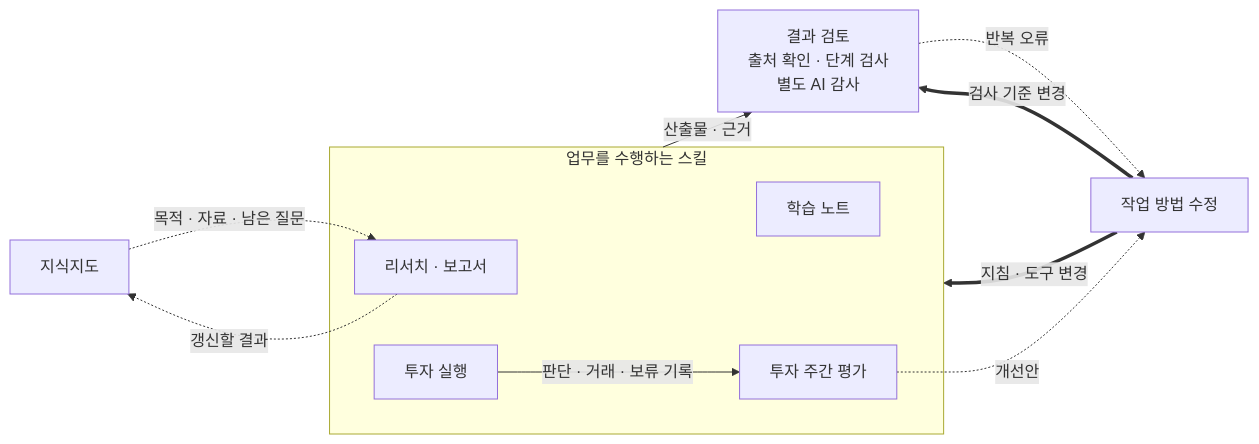
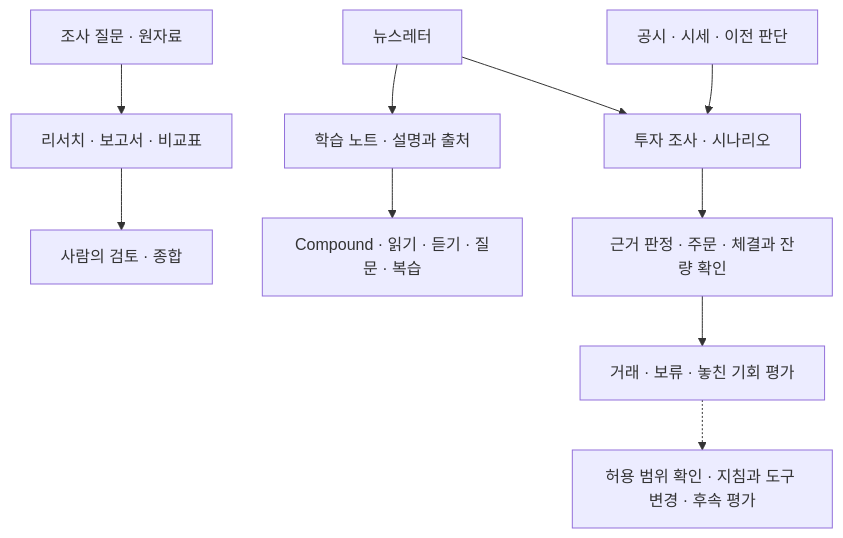
Before and after one commit to swkim46/claude-skills-portfolio: the diagram in README.md, drawn with Mermaid. The commit also changed other lines of this file and 9 other files, not shown here.

````diff
--- a/README.md
+++ b/README.md
@@ -33,20 +17,12 @@
 ```mermaid
-flowchart LR
-    K[지식지도]
-    subgraph W[업무를 수행하는 스킬]
-        R[리서치 · 보고서]
-        L[학습 노트]
-        T[투자 실행]
-        F[투자 주간 평가]
-        T -->|판단 · 거래 · 보류 기록| F
-    end
-    C["결과 검토<br/>출처 확인 · 단계 검사<br/>별도 AI 감사"]
-    M[작업 방법 수정]
-    K -. 목적 · 자료 · 남은 질문 .-> R
-    R -. 갱신할 결과 .-> K
-    W -->|산출물 · 근거| C
-    C -. 반복 오류 .-> M
-    F -. 개선안 .-> M
-    M ==>|지침 · 도구 변경| W
-    M ==>|검사 기준 변경| C
+flowchart TB
+    R["조사 질문 · 원자료"] --> RR["리서치 · 보고서 · 비교표"]
+    RR --> RP["사람의 검토 · 종합"]
+    N[뉴스레터] --> L["학습 노트 · 설명과 출처"]
+    L --> C["Compound · 읽기 · 듣기 · 질문 · 복습"]
+    N --> T["투자 조사 · 시나리오"]
+    P["공시 · 시세 · 이전 판단"] --> T
+    T --> E["근거 판정 · 주문 · 체결과 잔량 확인"]
+    E --> F["거래 · 보류 · 놓친 기회 평가"]
+    F -.-> M["허용 범위 확인 · 지침과 도구 변경 · 후속 평가"]
 ```
````
